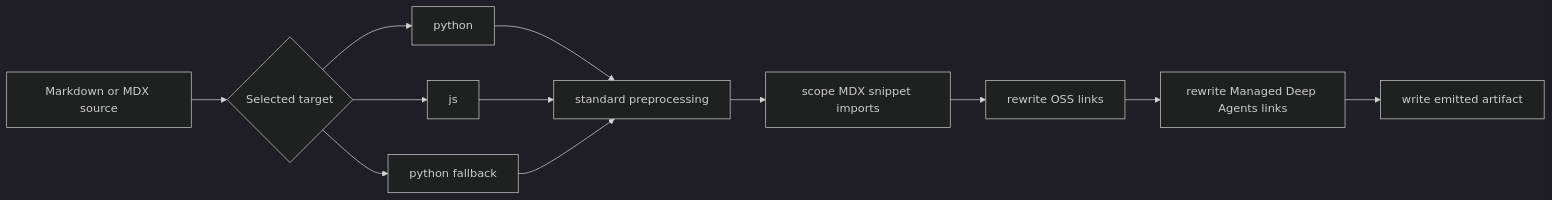
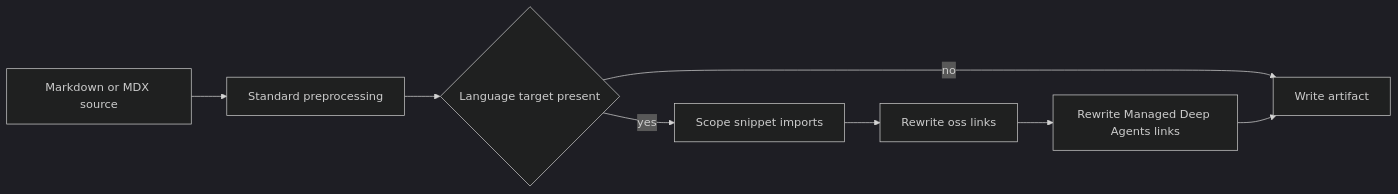
The second of 2 diagrams in openwiki/concepts/versioning.md (langchain-ai/docs), drawn with Mermaid (dark theme) before and after one commit. The commit also changed other lines of this file and 32 other files, not shown here.

````diff
--- a/openwiki/concepts/versioning.md
+++ b/openwiki/concepts/versioning.md
@@ -93,14 +75,10 @@
 ```mermaid
 flowchart LR
-    Authored["Markdown or MDX source"] --> Target{"Selected target"}
-    Target --> Py["python"]
-    Target --> Js["js"]
-    Target --> Fallback["python fallback"]
-    Py --> Prep["standard preprocessing"]
-    Js --> Prep
-    Fallback --> Prep
-    Prep --> Imports["scope MDX snippet imports"]
-    Imports --> OssLinks["rewrite OSS links"]
-    OssLinks --> ManagedLinks["rewrite Managed Deep Agents links"]
-    ManagedLinks --> Output["write emitted artifact"]
+    Input["Markdown or MDX source"] --> Prep["Standard preprocessing"]
+    Prep --> Target{"Language target present"}
+    Target -->|"yes"| Imports["Scope snippet imports"]
+    Target -->|"no"| Output["Write artifact"]
+    Imports --> OssLinks["Rewrite oss links"]
+    OssLinks --> ManagedLinks["Rewrite Managed Deep Agents links"]
+    ManagedLinks --> Output
 ```
````
